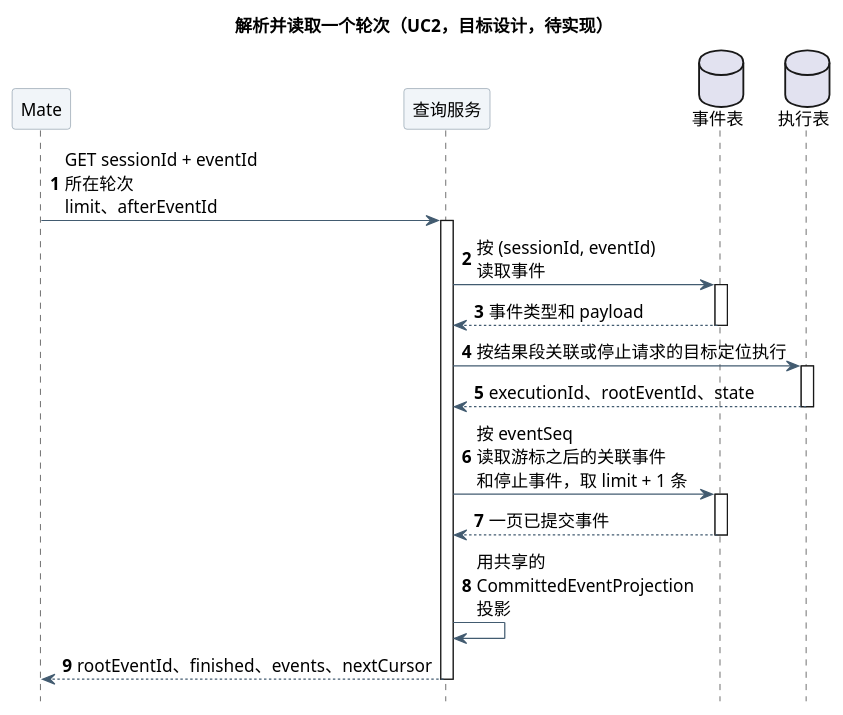
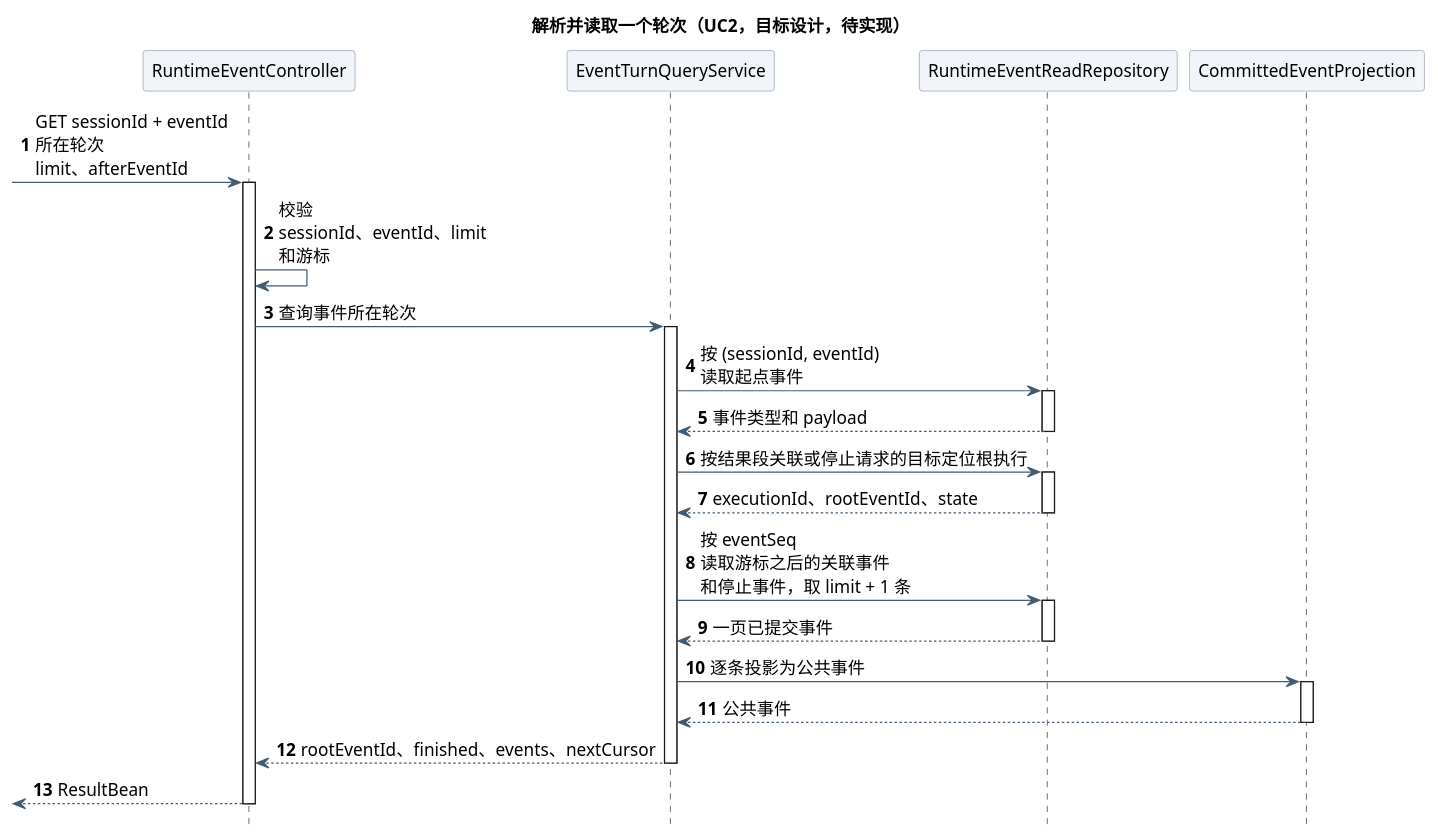
The second of 3 diagrams in 01-总体架构/01-CampusClaw多Agent运行时/设计图/Agent用户事件查询/diagram.puml (ssm0808/pi-mono-java-design), drawn with PlantUML before and after one commit. The commit also changed other lines of this file and 5 other files, not shown here.

```diff
--- a/01-总体架构/01-CampusClaw多Agent运行时/设计图/Agent用户事件查询/diagram.puml
+++ b/01-总体架构/01-CampusClaw多Agent运行时/设计图/Agent用户事件查询/diagram.puml
@@ -70,44 +54,52 @@
 @startuml event_turn_resolution
 ' 源码证据：pi-mono-java main 769e86592285f4a25b0febaf551eddea6bc7212c
 ' modules/coding-agent-cli/src/main/java/com/campusclaw/codingagent/runtimeapi/
 ' persistence/RuntimeExecutionPersistenceService.java:acceptMessage,acceptInterrupt,appendEntry
 ' persistence/MyBatisRuntimeExecutionControlRepository.java:linkCommittedEvent,appendToSegment,markTerminal
 ' event/RuntimeCompactionEventProjector.java:persistCompaction
 ' modules/coding-agent-cli/src/main/resources/mapper/session/RuntimeSessionMapper.xml:findCommittedEvent
 ' 已观察行为：user.message、续跑、Agent 输出和 idle 都关联到结果段；
 ' user.interrupt 只保存 targetEventId；执行内自动压缩尚未关联。
 ' 设计原因：复用根执行作为轮次身份，不新增轮次表。
 skinparam backgroundColor white
 skinparam defaultFontName SansSerif
 skinparam defaultFontSize 14
 skinparam shadowing false
 skinparam ArrowColor #425B70
 skinparam sequenceParticipantBackgroundColor #F1F5F9
 skinparam sequenceParticipantBorderColor #8496A4
 skinparam sequenceMessageAlign left
 skinparam maxMessageSize 190
 hide footbox
 autonumber
 title 解析并读取一个轮次（UC2，目标设计，待实现）
-participant "Mate" as Mate
-participant "查询服务" as Query
-database "事件表" as Events
-database "执行表" as Exec
-Mate -> Query : GET sessionId + eventId 所在轮次\nlimit、afterEventId
-activate Query
-Query -> Events : 按 (sessionId, eventId) 读取事件
-activate Events
-Events --> Query : 事件类型和 payload
-deactivate Events
-Query -> Exec : 按结果段关联或停止请求的目标定位执行
-activate Exec
-Exec --> Query : executionId、rootEventId、state
-deactivate Exec
-Query -> Events : 按 eventSeq 读取游标之后的关联事件\n和停止事件，取 limit + 1 条
-activate Events
-Events --> Query : 一页已提交事件
-deactivate Events
-Query -> Query : 用共享的 CommittedEventProjection 投影
-Query --> Mate : rootEventId、finished、events、nextCursor
-deactivate Query
+participant "RuntimeEventController" as Web
+participant "EventTurnQueryService" as Svc
+participant "RuntimeEventReadRepository" as Repo
+participant "CommittedEventProjection" as Proj
+[-> Web : GET sessionId + eventId 所在轮次\nlimit、afterEventId
+activate Web
+Web -> Web : 校验 sessionId、eventId、limit 和游标
+Web -> Svc : 查询事件所在轮次
+activate Svc
+Svc -> Repo : 按 (sessionId, eventId) 读取起点事件
+activate Repo
+Repo --> Svc : 事件类型和 payload
+deactivate Repo
+Svc -> Repo : 按结果段关联或停止请求的目标定位根执行
+activate Repo
+Repo --> Svc : executionId、rootEventId、state
+deactivate Repo
+Svc -> Repo : 按 eventSeq 读取游标之后的关联事件\n和停止事件，取 limit + 1 条
+activate Repo
+Repo --> Svc : 一页已提交事件
+deactivate Repo
+Svc -> Proj : 逐条投影为公共事件
+activate Proj
+Proj --> Svc : 公共事件
+deactivate Proj
+Svc --> Web : rootEventId、finished、events、nextCursor
+deactivate Svc
+[<-- Web : ResultBean
+deactivate Web
 @enduml
```
